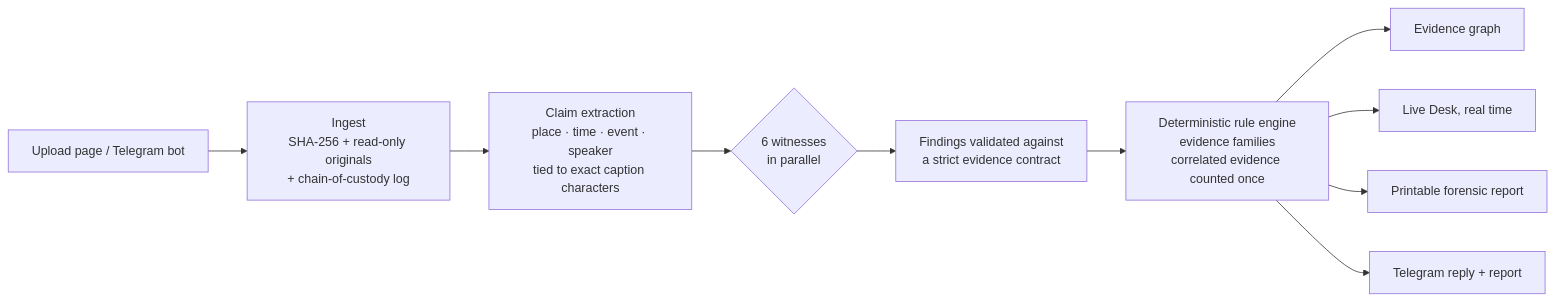
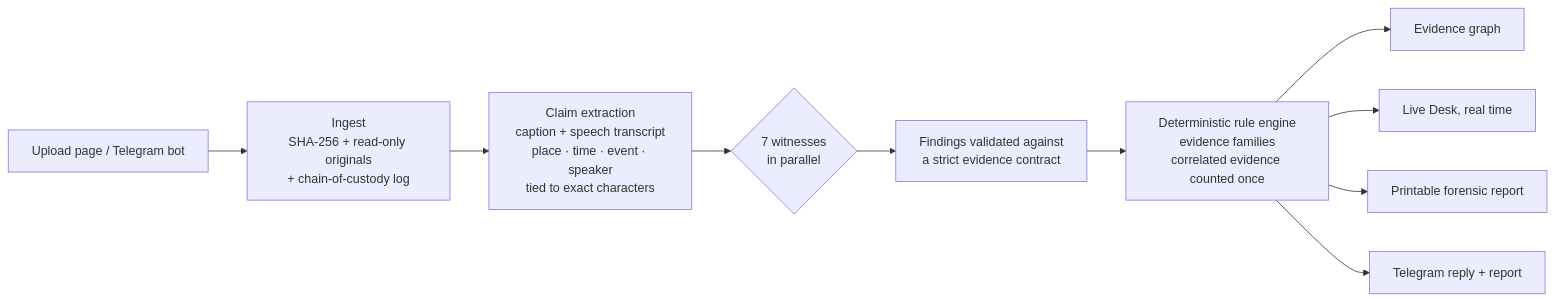
One commit to sampurnaghoshh/alibi changed the first of 2 diagrams in README.md. Above: the diagram before and after it, drawn with Mermaid. The commit also changed other lines of this file and 1 other file, not shown here.

Commit message:
README: seven witnesses, AI signals, splice localisation, spoken claims, known limitations; CLAUDE.md contract notes

````diff
--- a/README.md
+++ b/README.md
@@ -50,12 +53,12 @@
 ```mermaid
 flowchart LR
   U[Upload page / Telegram bot] --> I[Ingest<br/>SHA-256 + read-only originals<br/>+ chain-of-custody log]
-  I --> C[Claim extraction<br/>place · time · event · speaker<br/>tied to exact caption characters]
-  C --> W{6 witnesses<br/>in parallel}
+  I --> C[Claim extraction<br/>caption + speech transcript<br/>place · time · event · speaker<br/>tied to exact characters]
+  C --> W{7 witnesses<br/>in parallel}
   W --> F[Findings validated against<br/>a strict evidence contract]
   F --> R[Deterministic rule engine<br/>evidence families<br/>correlated evidence counted once]
   R --> G[Evidence graph]
   R --> L[Live Desk, real time]
   R --> P[Printable forensic report]
   R --> T[Telegram reply + report]
 ```
````
